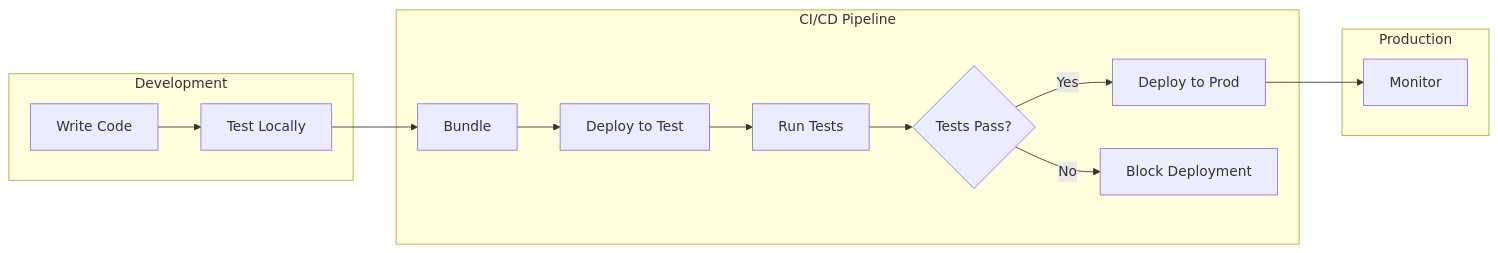
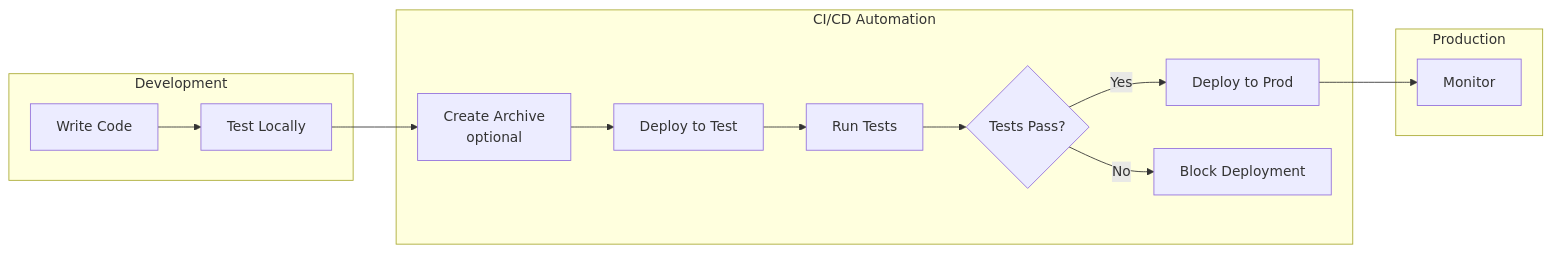
The diagram in experimental/SMUS-CICD-pipeline-cli/README.md (aws/CICD-for-SageMakerUnifiedStudio), drawn with Mermaid before and after one commit. The commit also changed other lines of this file and 4 other files, not shown here.

````diff
--- a/experimental/SMUS-CICD-pipeline-cli/README.md
+++ b/experimental/SMUS-CICD-pipeline-cli/README.md
@@ -181,19 +207,19 @@
 ```mermaid
 graph LR
     subgraph "Development"
         A[Write Code] --> B[Test Locally]
     end
     
-    subgraph "CI/CD Pipeline"
-        B --> C[Bundle]
+    subgraph "CI/CD Automation"
+        B --> C[Create Archive<br/>optional]
         C --> D[Deploy to Test]
         D --> E[Run Tests]
         E --> F{Tests Pass?}
         F -->|Yes| G[Deploy to Prod]
         F -->|No| H[Block Deployment]
     end
     
     subgraph "Production"
         G --> I[Monitor]
     end
 ```
````
